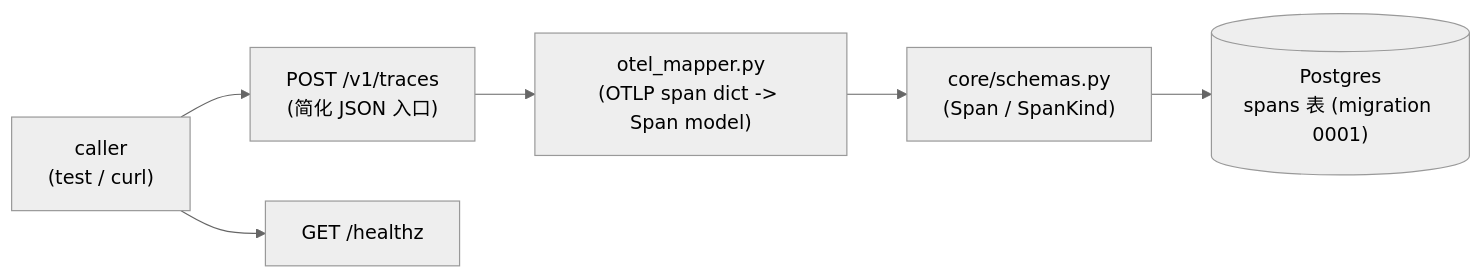
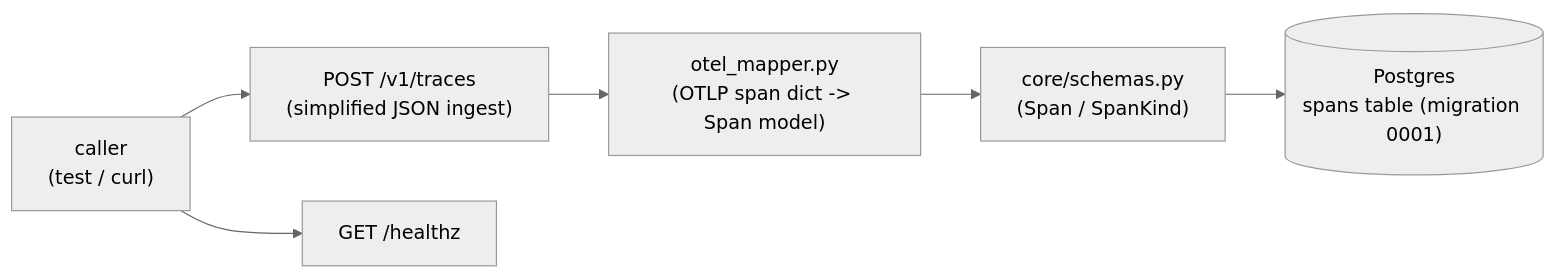
Before and after one commit to AndyUneducated/eval-gate: the first of 2 diagrams in docs/PHASE_1_PLAN.md, drawn with Mermaid (neutral theme). The commit also changed other lines of this file and 22 other files, not shown here.

````diff
--- a/docs/PHASE_1_PLAN.md
+++ b/docs/PHASE_1_PLAN.md
@@ -11,12 +11,12 @@
 ```mermaid
 flowchart LR
   Caller["caller<br/>(test / curl)"]
-  Ingest["POST /v1/traces<br/>(简化 JSON 入口)"]
+  Ingest["POST /v1/traces<br/>(simplified JSON ingest)"]
   Mapper["otel_mapper.py<br/>(OTLP span dict -> Span model)"]
   Schema["core/schemas.py<br/>(Span / SpanKind)"]
-  DB[("Postgres<br/>spans 表 (migration 0001)")]
+  DB[("Postgres<br/>spans table (migration 0001)")]
   Health["GET /healthz"]
 
   Caller --> Ingest --> Mapper --> Schema --> DB
   Caller --> Health
 ```
````
